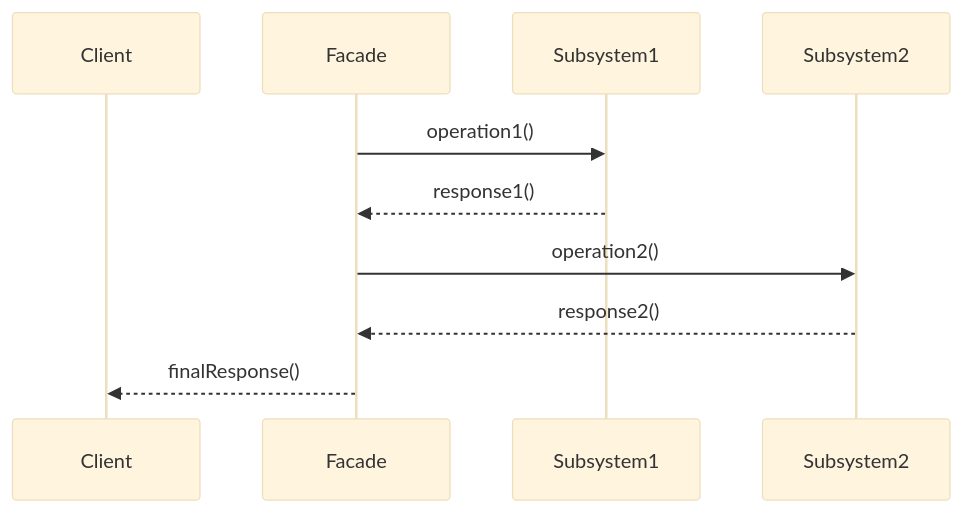
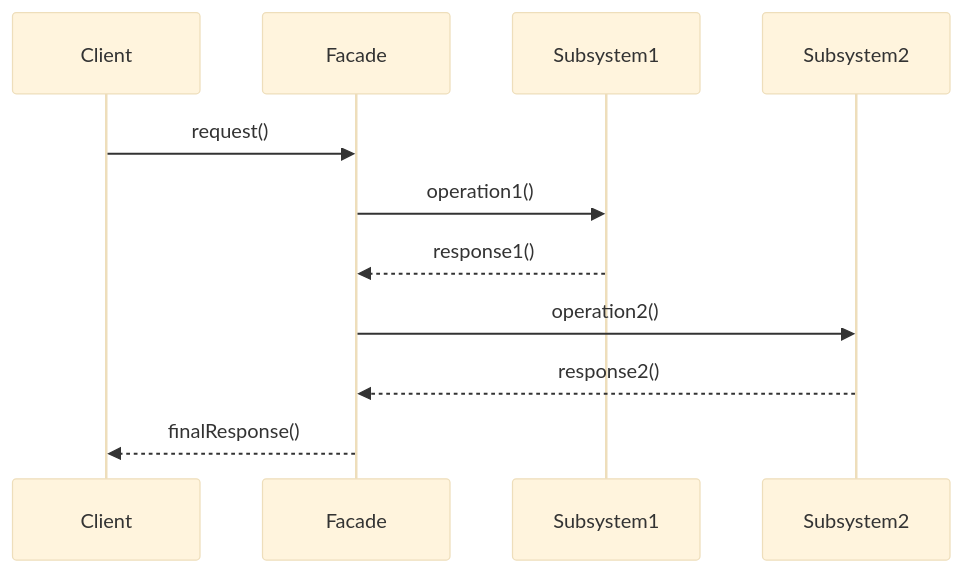
One commit to ericbrehme/ASA changed the fifth of 6 diagrams in lab3/Aufgabe1.md. Above: the diagram before and after it, drawn with Mermaid (base theme).

````diff
--- a/lab3/Aufgabe1.md
+++ b/lab3/Aufgabe1.md
@@ -172,13 +172,14 @@
 ```mermaid
 sequenceDiagram
     participant Client
     participant Facade
     participant Subsystem1
     participant Subsystem2
 
+    Client->>Facade: request()
     Facade->>Subsystem1: operation1()
     Subsystem1-->>Facade: response1()
     Facade->>Subsystem2: operation2()
     Subsystem2-->>Facade: response2()
     Facade-->>Client: finalResponse()
 ```
````
